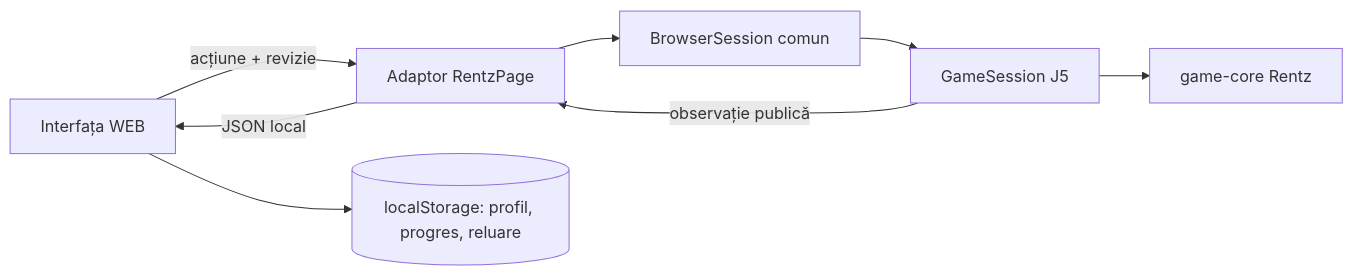
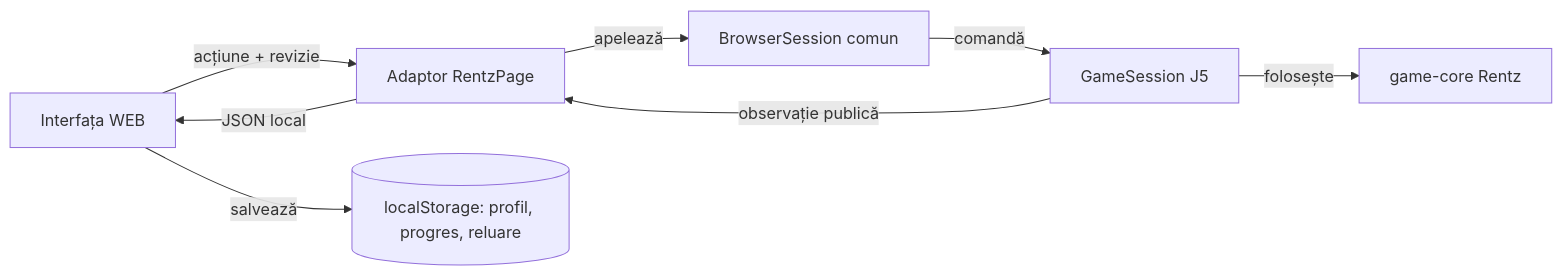
One commit to crististefanita/atf_j5 changed the first of 2 diagrams in atf-ui-browser/README.md. Above: the diagram before and after it, drawn with Mermaid. The commit also changed other lines of this file and 21 other files, not shown here.

````diff
--- a/atf-ui-browser/README.md
+++ b/atf-ui-browser/README.md
@@ -7,10 +7,10 @@
 ```mermaid
 flowchart LR
     U[Interfața WEB] -->|acțiune + revizie| P[Adaptor RentzPage]
-    P --> S[BrowserSession comun]
-    S --> G[GameSession J5]
-    G --> C[game-core Rentz]
+    P -->|apelează| S[BrowserSession comun]
+    S -->|comandă| G[GameSession J5]
+    G -->|folosește| C[game-core Rentz]
     G -->|observație publică| P
     P -->|JSON local| U
-    U --> L[(localStorage: profil, progres, reluare)]
+    U -->|salvează| L[(localStorage: profil, progres, reluare)]
 ```
````
